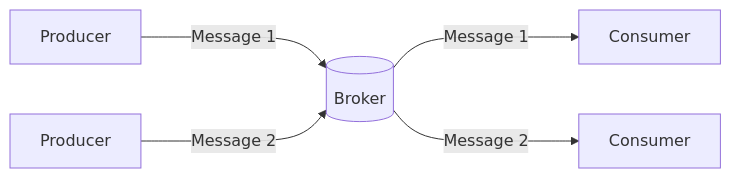
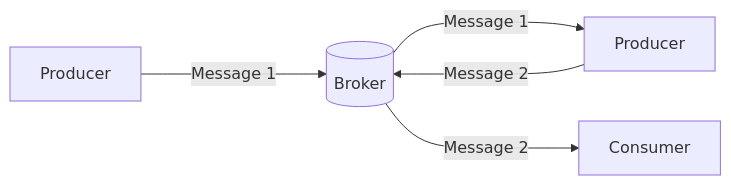
The second of 2 diagrams in pages/docs/concepts/producer.md (asyncapi/website), drawn with Mermaid before and after one commit.

Commit message:
fix second diagram

````diff
--- a/pages/docs/concepts/producer.md
+++ b/pages/docs/concepts/producer.md
@@ -18,7 +18,7 @@
 ```mermaid
 flowchart LR
     a[Producer]-- Message 1 --->c[(Broker)]
     b[Producer]-- Message 2 --->c
-    c -- Message 1 ---> d[Consumer]
-    c -- Message 2 ---> e[Consumer]
+    c -- Message 1 --> b
+    c -- Message 2 ---> d[Consumer]
 ```
````
